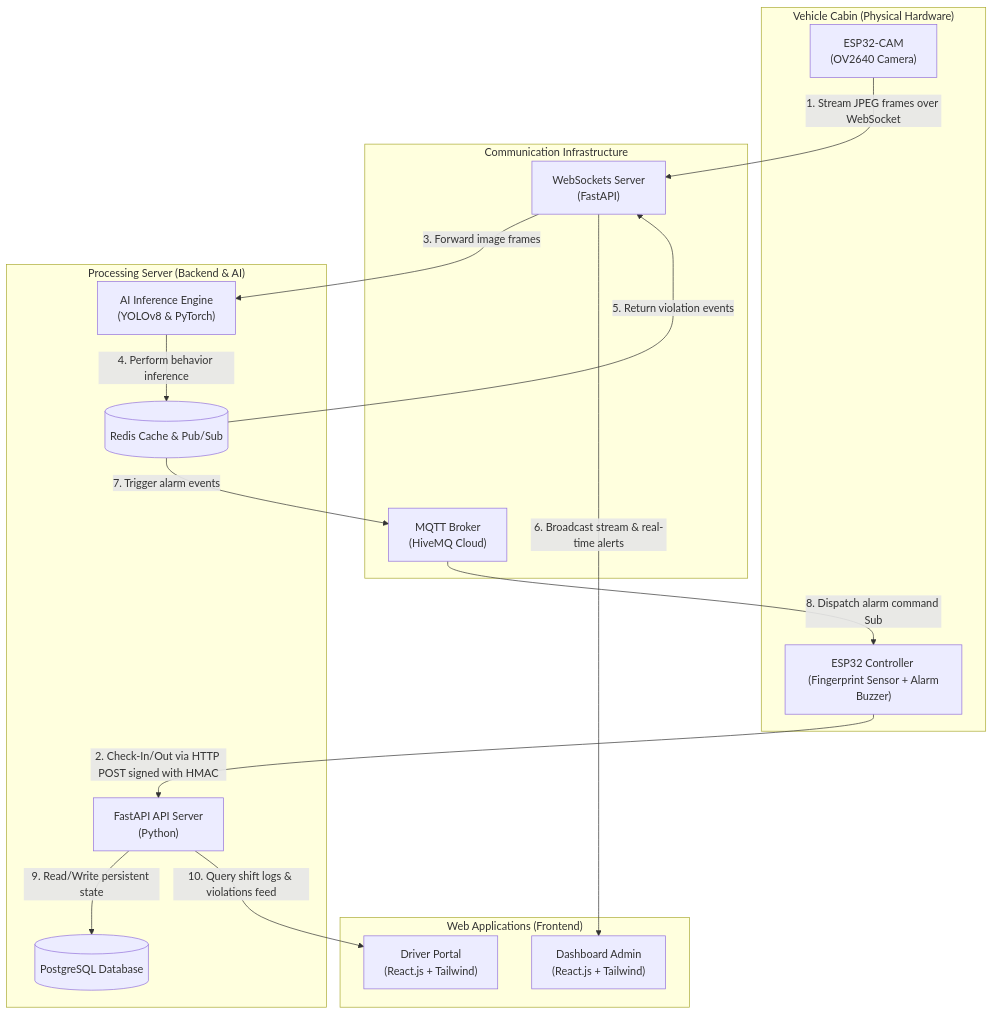
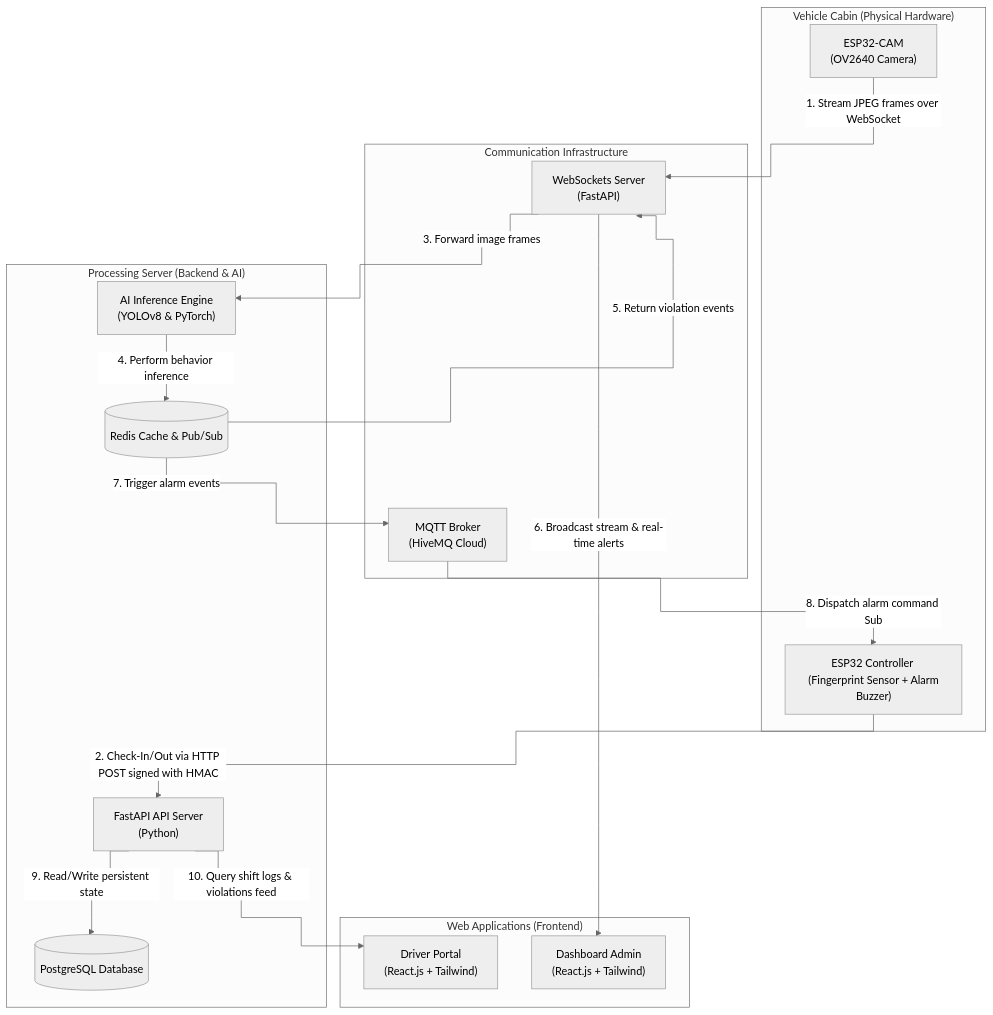
One commit to hnagnurtme/RoadSentinel changed the diagram in README.md. Above: the diagram before and after it, drawn with Mermaid. The commit also changed 3 other files, not shown here.

Commit message:
docs: update mermaid diagram syntax for consistency across documentation (#47)

````diff
--- a/README.md
+++ b/README.md
@@ -23,39 +23,40 @@
 ```mermaid
-graph TD
+%%{init: {"theme": "neutral", "flowchart": {"curve": "step"}}}%%
+flowchart TD
     subgraph Cabin["Vehicle Cabin (Physical Hardware)"]
         CAM["ESP32-CAM <br> (OV2640 Camera)"]
         MCU["ESP32 Controller <br> (Fingerprint Sensor + Alarm Buzzer)"]
     end
 
     subgraph Messaging["Communication Infrastructure"]
         WS["WebSockets Server <br> (FastAPI)"]
         MQTT["MQTT Broker <br> (HiveMQ Cloud)"]
     end
 
     subgraph Server["Processing Server (Backend & AI)"]
         BE["FastAPI API Server <br> (Python)"]
         AI["AI Inference Engine <br> (YOLOv8 & PyTorch)"]
         DB[("PostgreSQL Database")]
         Redis[("Redis Cache & Pub/Sub")]
     end
 
     subgraph Client["Web Applications (Frontend)"]
         Admin["Dashboard Admin <br> (React.js + Tailwind)"]
         Driver["Driver Portal <br> (React.js + Tailwind)"]
     end
 
     %% Data Flow Routing
     CAM -->|1. Stream JPEG frames over WebSocket| WS
     MCU -->|2. Check-In/Out via HTTP POST signed with HMAC| BE
     
     WS -->|3. Forward image frames| AI
     AI -->|4. Perform behavior inference| Redis
     Redis -->|5. Return violation events| WS
     WS -->|6. Broadcast stream & real-time alerts| Admin
     
     Redis -->|7. Trigger alarm events| MQTT
     MQTT -->|8. Dispatch alarm command Sub| MCU
     
     BE -->|9. Read/Write persistent state| DB
     BE -->|10. Query shift logs & violations feed| Driver
 ```
````
